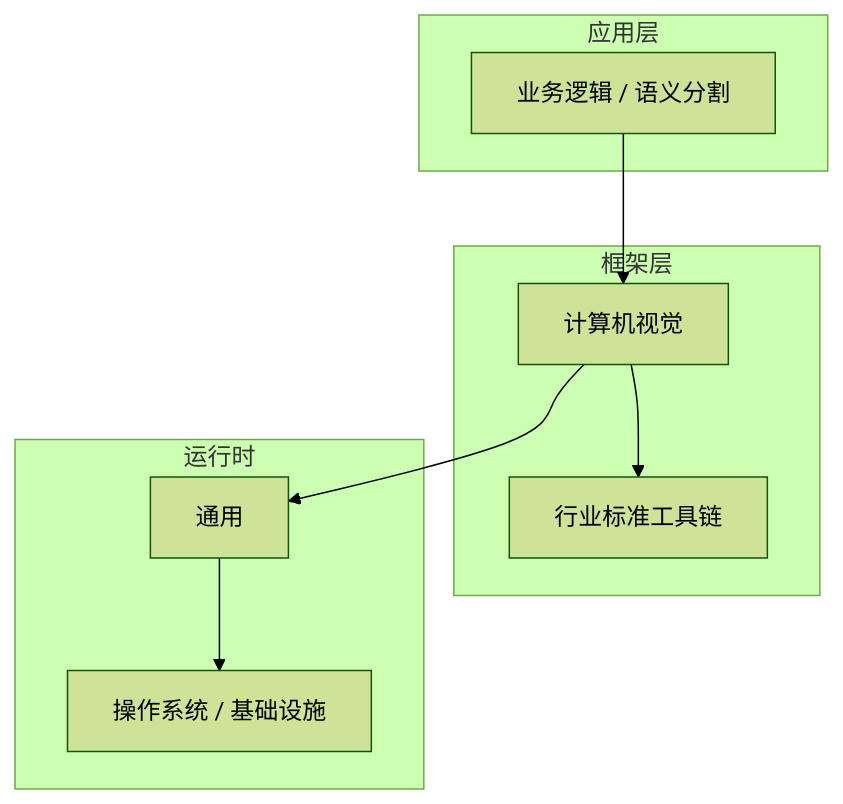
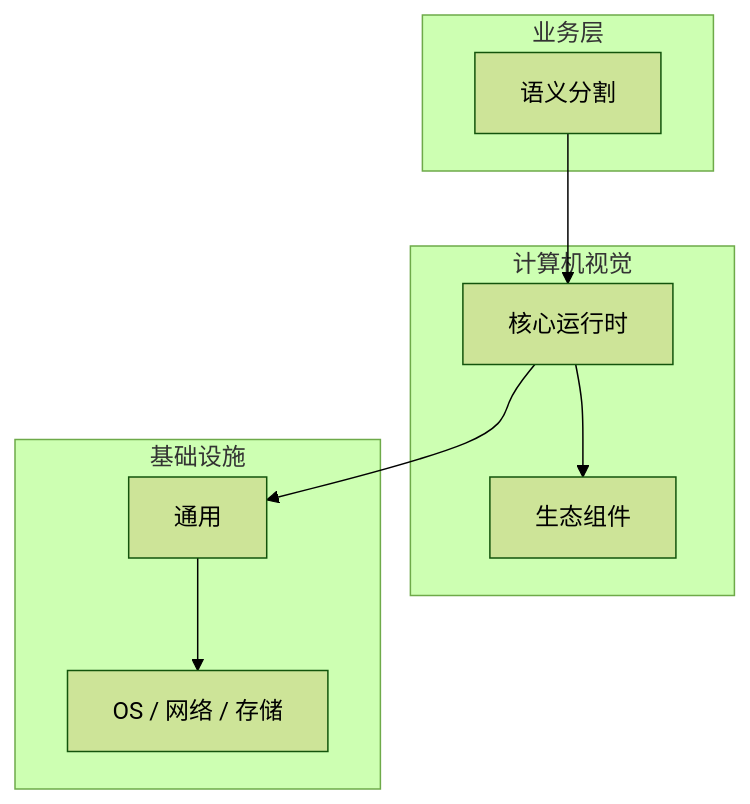
Before and after one commit to yanggan2015/knowledge-json-v2: the diagram in articles/计算机视觉/chapters/066-语义分割核心概念与原理.md, drawn with Mermaid (forest theme). The commit also changed other lines of this file and 10127 other files, not shown here.

````diff
--- a/articles/计算机视觉/chapters/066-语义分割核心概念与原理.md
+++ b/articles/计算机视觉/chapters/066-语义分割核心概念与原理.md
@@ -45,18 +30,18 @@
 ```mermaid
 graph TB
-    subgraph 应用层
-        A[业务逻辑 / 语义分割]
+    subgraph 业务层
+        A[语义分割]
     end
-    subgraph 框架层
-        B[计算机视觉]
-        C[行业标准工具链]
+    subgraph 计算机视觉
+        B[核心运行时]
+        C[生态组件]
     end
-    subgraph 运行时
+    subgraph 基础设施
         D[通用]
-        E[操作系统 / 基础设施]
+        E[OS / 网络 / 存储]
     end
     A --> B
     B --> C
     B --> D
     D --> E
 ```
````
